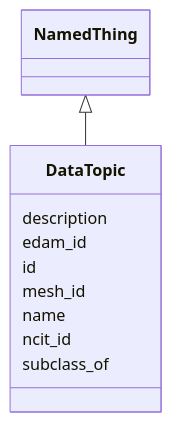
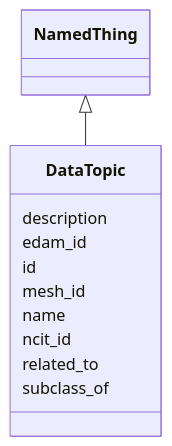
One commit to bridge2ai/standards-schemas changed the diagram in docs/DataTopic.md. Above: the diagram before and after it, drawn with Mermaid. The commit also changed other lines of this file and 65 other files, not shown here.

````diff
--- a/docs/DataTopic.md
+++ b/docs/DataTopic.md
@@ -11,14 +11,15 @@
 ```mermaid
  classDiagram
     class DataTopic
       NamedThing <|-- DataTopic
       
       DataTopic : description
       DataTopic : edam_id
       DataTopic : id
       DataTopic : mesh_id
       DataTopic : name
       DataTopic : ncit_id
+      DataTopic : related_to
       DataTopic : subclass_of
       
 ```
````
